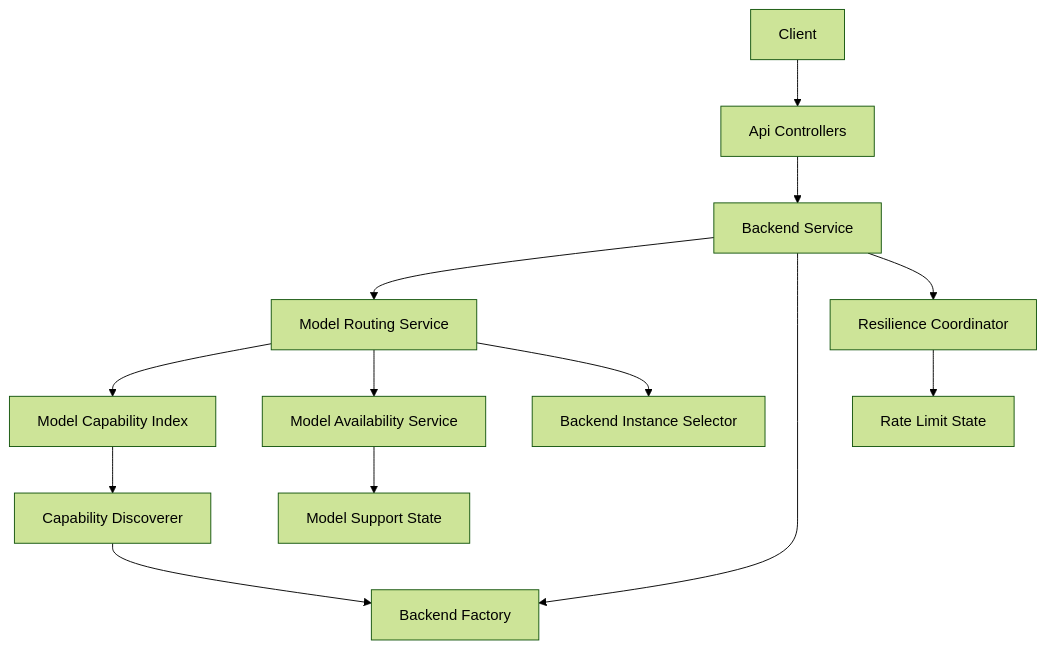
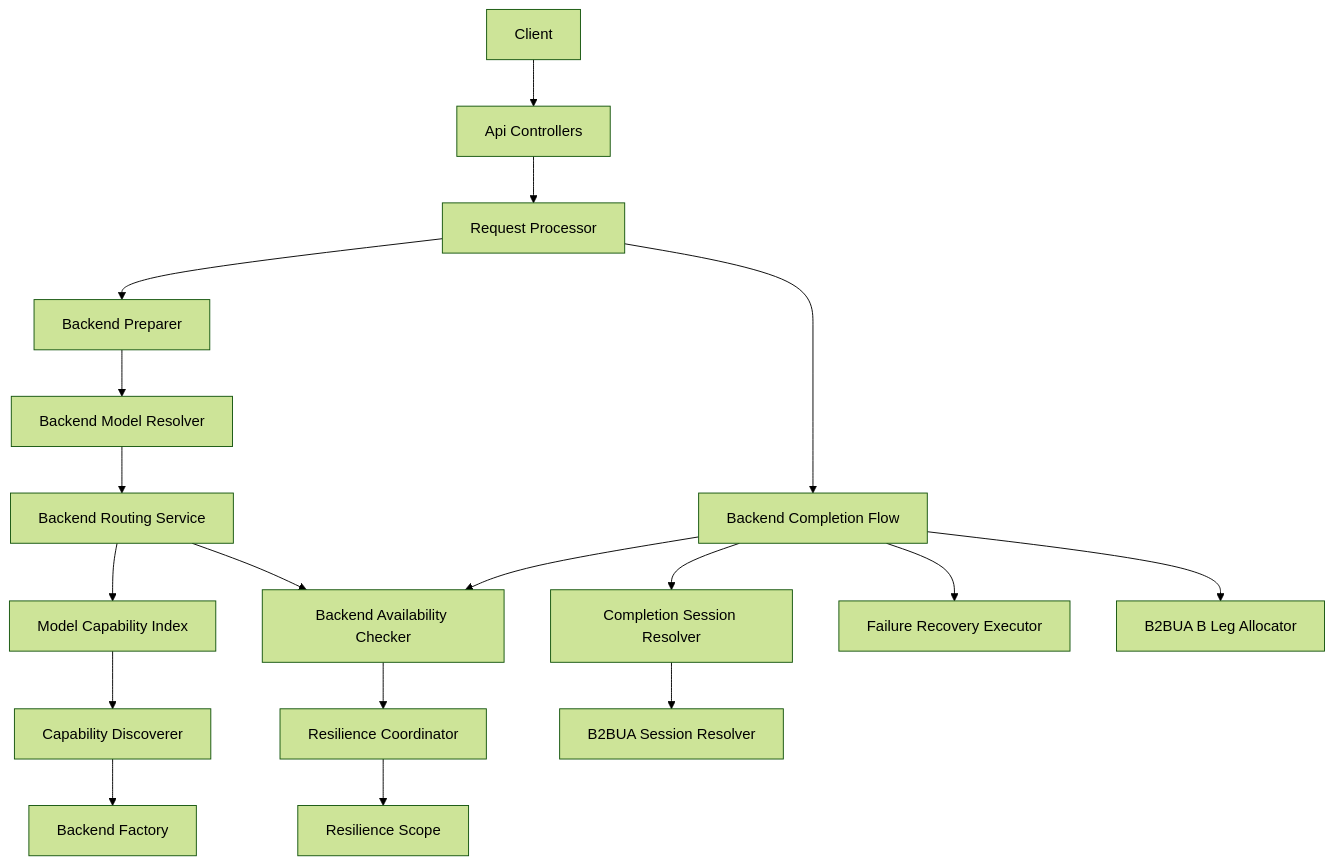
The first of 11 diagrams in .kiro/specs/vendor-model-dynamic-routing/design.md (matdev83/llm-interactive-proxy), drawn with Mermaid (forest theme) before and after one commit. The commit also changed other lines of this file and 3 other files, not shown here.

Commit message:
chore(kiro): refresh vendor-model-dynamic-routing spec after architecture changes

````diff
--- a/.kiro/specs/vendor-model-dynamic-routing/design.md
+++ b/.kiro/specs/vendor-model-dynamic-routing/design.md
@@ -57,18 +63,23 @@
 ```mermaid
 graph TB
   Client[Client] --> Api[Api Controllers]
-  Api --> BackendService[Backend Service]
+  Api --> ReqProcessor[Request Processor]
+  ReqProcessor --> RequestPreparer[Backend Preparer]
+  RequestPreparer --> TargetResolver[Backend Model Resolver]
+  TargetResolver --> RoutingService[Backend Routing Service]
 
-  BackendService --> ModelRouting[Model Routing Service]
-  ModelRouting --> CapabilityIndex[Model Capability Index]
-  ModelRouting --> Availability[Model Availability Service]
-  ModelRouting --> InstanceSelector[Backend Instance Selector]
+  ReqProcessor --> CompletionFlow[Backend Completion Flow]
+  CompletionFlow --> AvailabilityChecker[Backend Availability Checker]
+  CompletionFlow --> SessionResolver[Completion Session Resolver]
+  CompletionFlow --> FailoverExecutor[Failure Recovery Executor]
 
-  BackendService --> BackendFactory[Backend Factory]
-  BackendService --> Resilience[Resilience Coordinator]
+  RoutingService --> CapabilityIndex[Model Capability Index]
+  RoutingService --> AvailabilityChecker
+  AvailabilityChecker --> Resilience[Resilience Coordinator]
+  SessionResolver --> B2buaResolver[B2BUA Session Resolver]
+  CompletionFlow --> BlegAllocator[B2BUA B Leg Allocator]
 
-  Resilience --> RateLimitState[Rate Limit State]
-  Availability --> ModelSupportState[Model Support State]
   CapabilityIndex --> CapabilityDiscoverer[Capability Discoverer]
-  CapabilityDiscoverer --> BackendFactory
+  CapabilityDiscoverer --> BackendFactory[Backend Factory]
+  Resilience --> ScopeBuilder[Resilience Scope]
 ```
````
